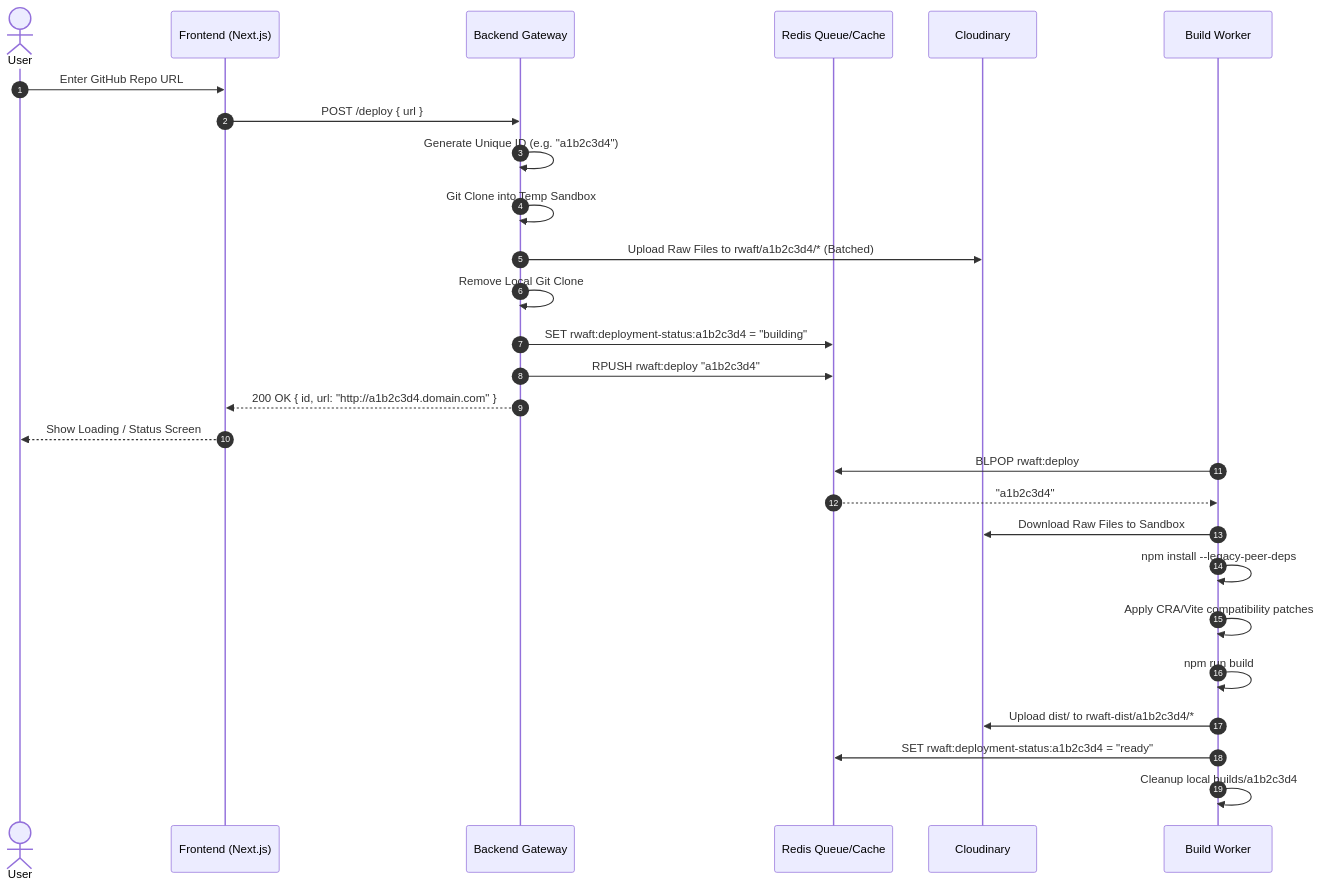
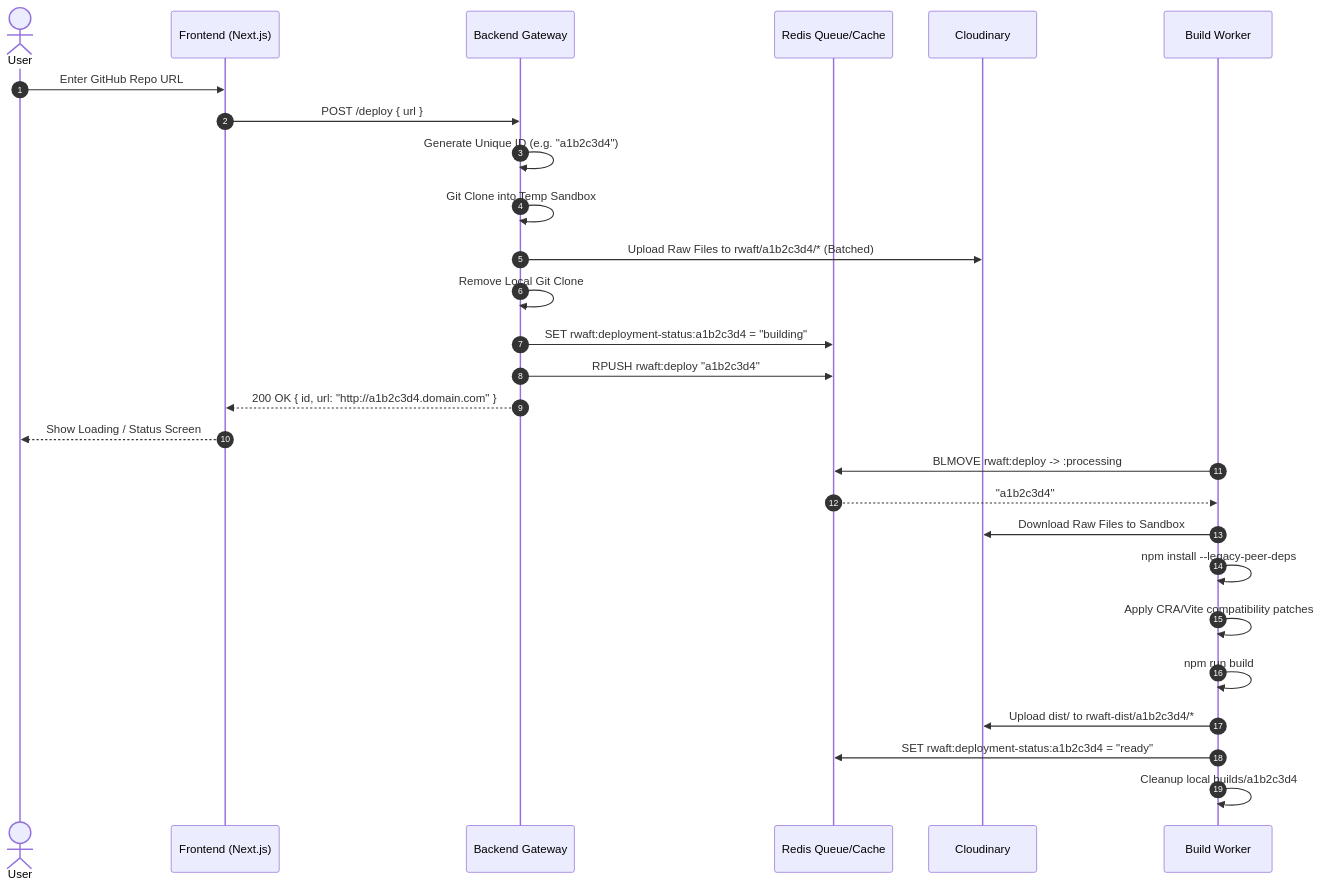
One commit to nios-x/rwaft changed the second of 4 diagrams in README.md. Above: the diagram before and after it, drawn with Mermaid. The commit also changed other lines of this file and 37 other files, not shown here.

````diff
--- a/README.md
+++ b/README.md
@@ -196,31 +199,31 @@
 ```mermaid
 sequenceDiagram
     autonumber
     actor Developer as User
     participant Front as Frontend (Next.js)
     participant API as Backend Gateway
     participant Redis as Redis Queue/Cache
     participant Cloud as Cloudinary
     participant Worker as Build Worker
 
     Developer->>Front: Enter GitHub Repo URL
     Front->>API: POST /deploy { url }
     API->>API: Generate Unique ID (e.g. "a1b2c3d4")
     API->>API: Git Clone into Temp Sandbox
     API->>Cloud: Upload Raw Files to rwaft/a1b2c3d4/* (Batched)
     API->>API: Remove Local Git Clone
     API->>Redis: SET rwaft:deployment-status:a1b2c3d4 = "building"
     API->>Redis: RPUSH rwaft:deploy "a1b2c3d4"
     API-->>Front: 200 OK { id, url: "http://a1b2c3d4.domain.com" }
     Front-->>Developer: Show Loading / Status Screen
 
-    Worker->>Redis: BLPOP rwaft:deploy
+    Worker->>Redis: BLMOVE rwaft:deploy -> :processing
     Redis-->>Worker: "a1b2c3d4"
     Worker->>Cloud: Download Raw Files to Sandbox
     Worker->>Worker: npm install --legacy-peer-deps
     Worker->>Worker: Apply CRA/Vite compatibility patches
     Worker->>Worker: npm run build
     Worker->>Cloud: Upload dist/ to rwaft-dist/a1b2c3d4/*
     Worker->>Redis: SET rwaft:deployment-status:a1b2c3d4 = "ready"
     Worker->>Worker: Cleanup local builds/a1b2c3d4
 ```
````
